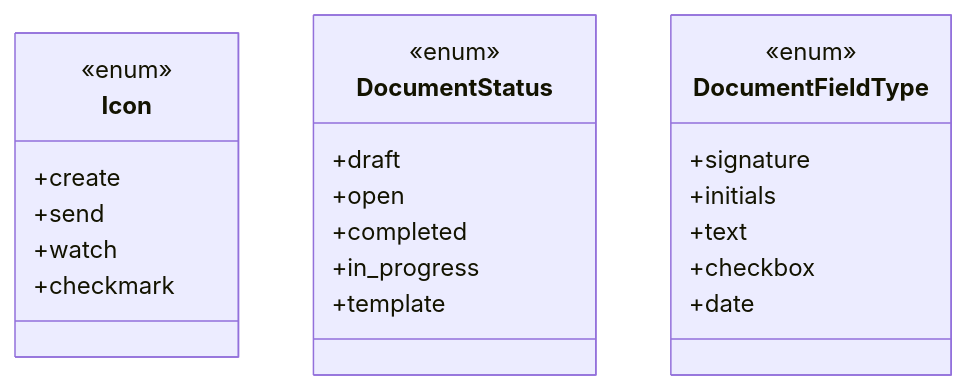
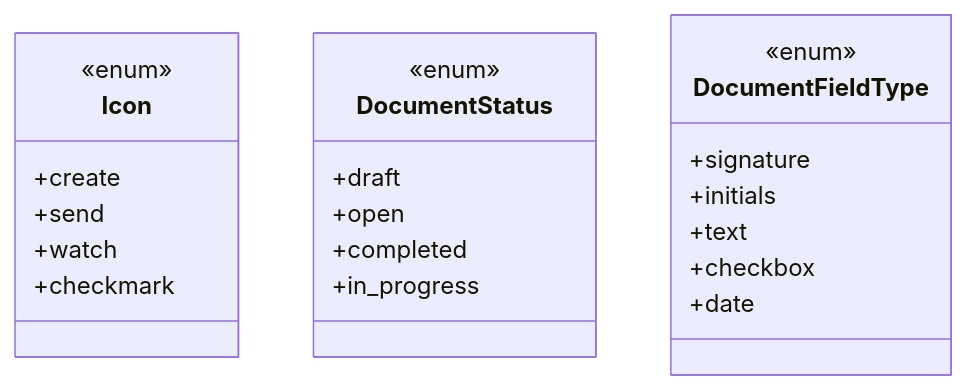
The second of 2 diagrams in system-design/db-schema.md (Jan-Eckerlein/signit), drawn with Mermaid before and after one commit. The commit also changed other lines of this file, not shown here.

First line of the commit message:
Add new template and signer structures to the database schema

`````diff
--- a/system-design/db-schema.md
+++ b/system-design/db-schema.md
@@ -112,29 +153,27 @@
-````mermaid
+```mermaid
 classDiagram
     class Icon {
         <<enum>>
         +create
         +send
         +watch
         +checkmark
     }
 
     class DocumentStatus {
         <<enum>>
         +draft
         +open
         +completed
         +in_progress
-        +template
     }
 
     class DocumentFieldType {
         <<enum>>
         +signature
         +initials
         +text
         +checkbox
         +date
     }
 ```
-````
`````
